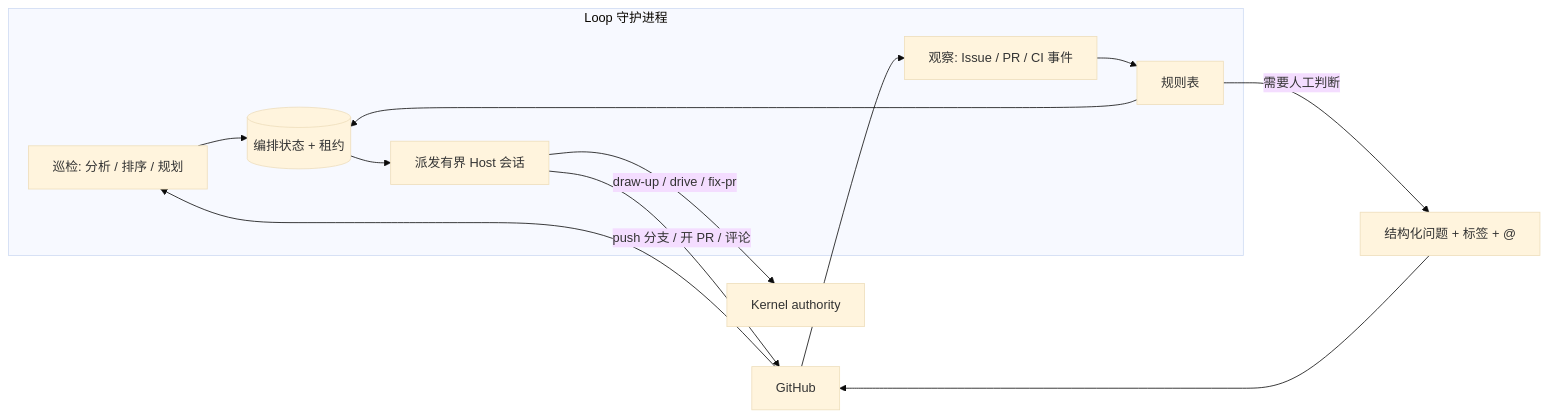
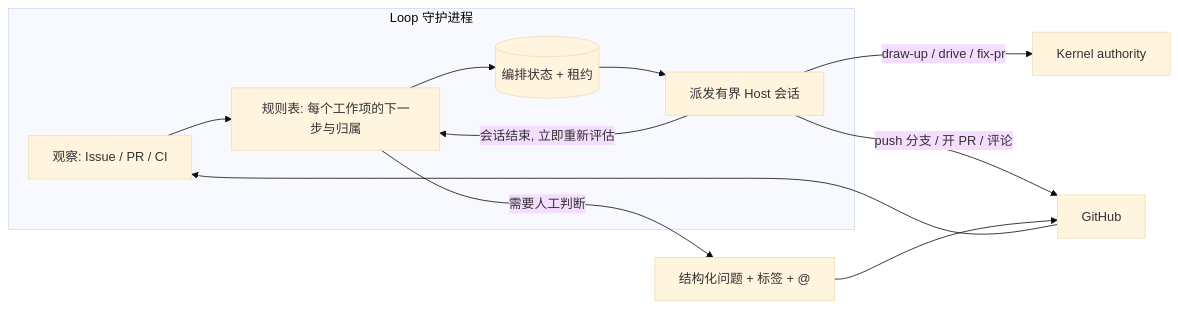
The diagram in docs/proposals/loop-agent.md (dereknex/immune-brain), drawn with Mermaid (base theme) before and after one commit. The commit also changed other lines of this file, not shown here.

````diff
--- a/docs/proposals/loop-agent.md
+++ b/docs/proposals/loop-agent.md
@@ -74,15 +75,14 @@
 ```mermaid
 flowchart LR
     subgraph Daemon[Loop 守护进程]
-      SW[巡检: 分析 / 排序 / 规划] --> S[(编排状态 + 租约)]
-      O[观察: Issue / PR / CI 事件] --> T[规则表]
-      T --> S
+      O[观察: Issue / PR / CI] --> T[规则表: 每个工作项的下一步与归属]
+      T --> S[(编排状态 + 租约)]
       S --> D[派发有界 Host 会话]
+      D -->|会话结束, 立即重新评估| T
     end
     GH[GitHub] --> O
-    GH --> SW
     D -->|draw-up / drive / fix-pr| K[Kernel authority]
     D -->|push 分支 / 开 PR / 评论| GH
     T -->|需要人工判断| H[结构化问题 + 标签 + @]
     H --> GH
 ```
````
